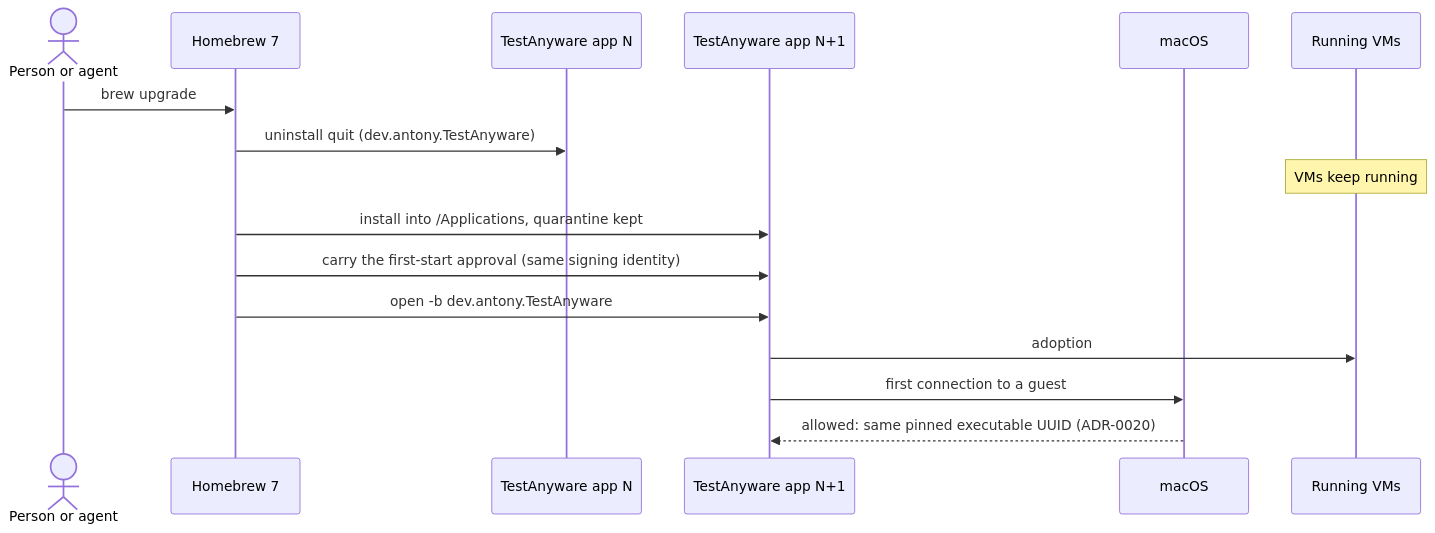
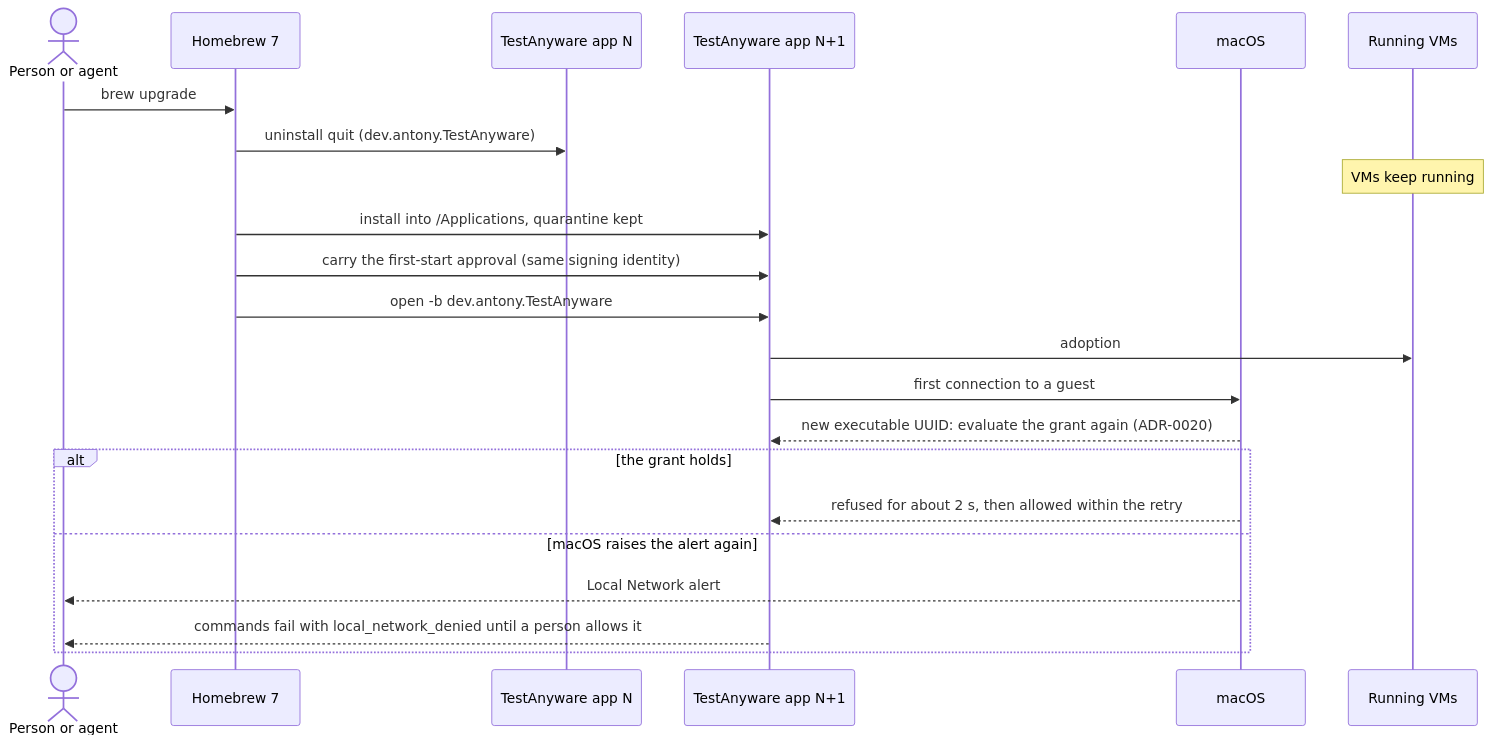
Before and after one commit to Linkuistics/TestAnyware: the third of 9 diagrams in docs/specs/testanyware-app.md, drawn with Mermaid. The commit also changed other lines of this file and 10 other files, not shown here.

````diff
--- a/docs/specs/testanyware-app.md
+++ b/docs/specs/testanyware-app.md
@@ -180,18 +189,24 @@
 ```mermaid
 sequenceDiagram
   actor P as Person or agent
   participant H as Homebrew 7
   participant A1 as TestAnyware app N
   participant A2 as TestAnyware app N+1
   participant M as macOS
   participant V as Running VMs
   P->>H: brew upgrade
   H->>A1: uninstall quit (dev.antony.TestAnyware)
   Note over V: VMs keep running
   H->>A2: install into /Applications, quarantine kept
   H->>A2: carry the first-start approval (same signing identity)
   H->>A2: open -b dev.antony.TestAnyware
   A2->>V: adoption
   A2->>M: first connection to a guest
-  M-->>A2: allowed: same pinned executable UUID (ADR-0020)
+  M-->>A2: new executable UUID: evaluate the grant again (ADR-0020)
+  alt the grant holds
+    M-->>A2: refused for about 2 s, then allowed within the retry
+  else macOS raises the alert again
+    M-->>P: Local Network alert
+    A2-->>P: commands fail with local_network_denied until a person allows it
+  end
 ```
````
